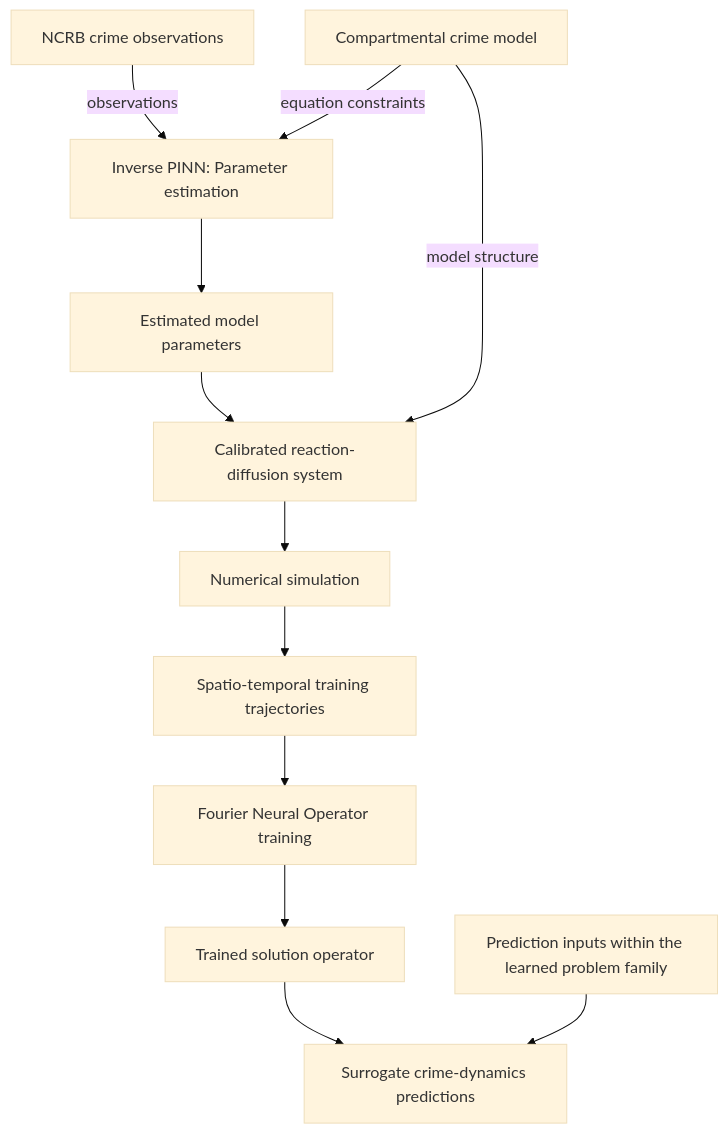
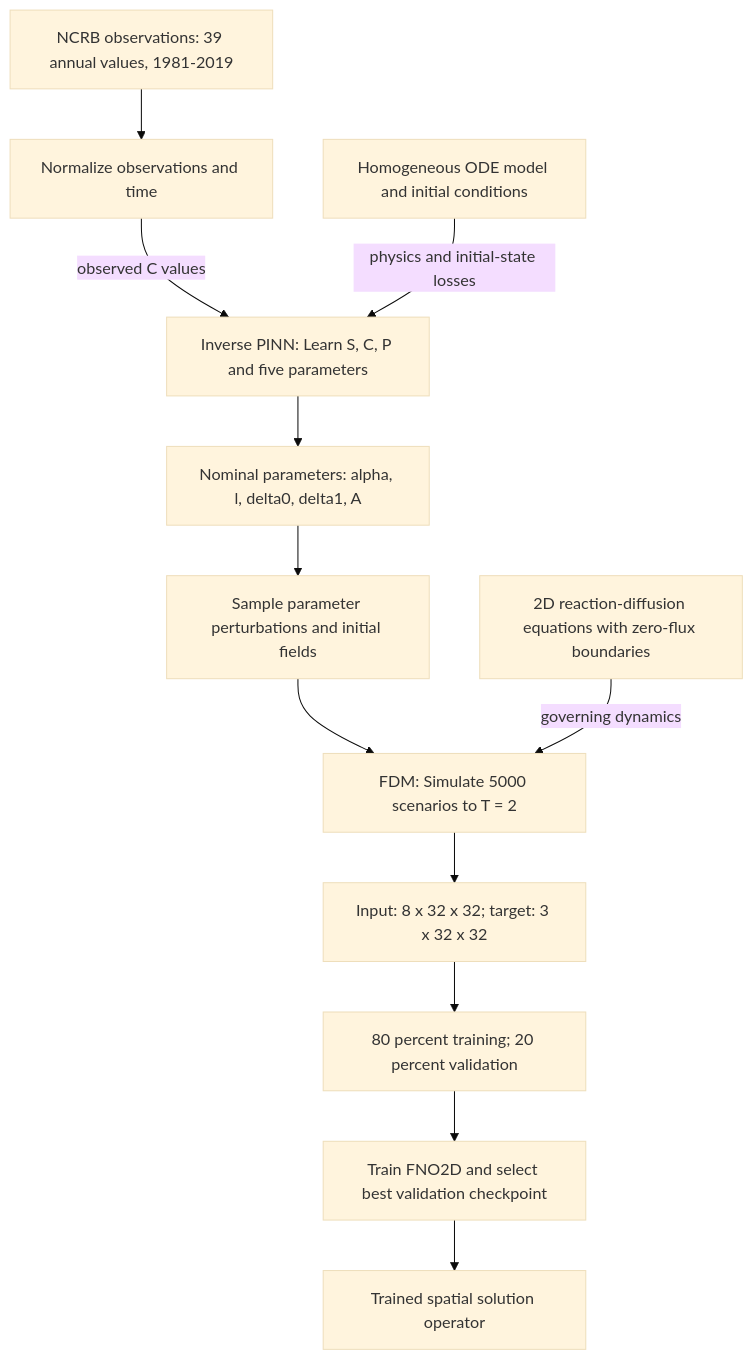
The first of 4 diagrams in README.md (HarshitPranjal/Crime-Dynamics-using-PINN-FNO), drawn with Mermaid (base theme) before and after one commit. The commit also changed other lines of this file, not shown here.

````diff
--- a/README.md
+++ b/README.md
@@ -34,26 +33,27 @@
 ```mermaid
 flowchart TD
-    data["NCRB crime observations"]
-    physics["Compartmental crime model"]
-    inverse["Inverse PINN: Parameter estimation"]
-    parameters["Estimated model parameters"]
-    pde["Calibrated reaction-diffusion system"]
-    solver["Numerical simulation"]
-    trajectories["Spatio-temporal training trajectories"]
-    fno["Fourier Neural Operator training"]
-    trained["Trained solution operator"]
-    inputs["Prediction inputs within the learned problem family"]
-    prediction["Surrogate crime-dynamics predictions"]
+    data["NCRB observations: 39 annual values, 1981-2019"]
+    normalize["Normalize observations and time"]
+    ode["Homogeneous ODE model and initial conditions"]
+    pinn["Inverse PINN: Learn S, C, P and five parameters"]
+    nominal["Nominal parameters: alpha, l, delta0, delta1, A"]
+    ensemble["Sample parameter perturbations and initial fields"]
+    pde["2D reaction-diffusion equations with zero-flux boundaries"]
+    fdm["FDM: Simulate 5000 scenarios to T = 2"]
+    dataset["Input: 8 x 32 x 32; target: 3 x 32 x 32"]
+    split["80 percent training; 20 percent validation"]
+    fno["Train FNO2D and select best validation checkpoint"]
+    checkpoint["Trained spatial solution operator"]
 
-    data -->|observations| inverse
-    physics -->|equation constraints| inverse
-    inverse --> parameters
-    parameters --> pde
-    physics -->|model structure| pde
-    pde --> solver
-    solver --> trajectories
-    trajectories --> fno
-    fno --> trained
-    trained --> prediction
-    inputs --> prediction
+    data --> normalize
+    normalize -->|observed C values| pinn
+    ode -->|physics and initial-state losses| pinn
+    pinn --> nominal
+    nominal --> ensemble
+    ensemble --> fdm
+    pde -->|governing dynamics| fdm
+    fdm --> dataset
+    dataset --> split
+    split --> fno
+    fno --> checkpoint
 ```
````
